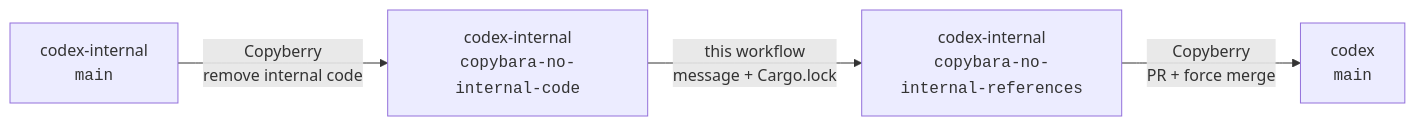
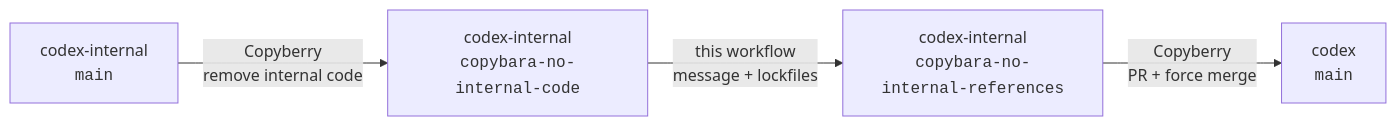
One commit to openai/codex changed the diagram in .github/codex-internal-to-public/README.md. Above: the diagram before and after it, drawn with Mermaid. The commit also changed other lines of this file and 5 other files, not shown here.

````diff
--- a/.github/codex-internal-to-public/README.md
+++ b/.github/codex-internal-to-public/README.md
@@ -16,11 +16,11 @@
 ```mermaid
 flowchart LR
     internal["codex-internal<br/><code>main</code>"]
     candidate["codex-internal<br/><code>copybara-no-internal-code</code>"]
     ready["codex-internal<br/><code>copybara-no-internal-references</code>"]
     public["codex<br/><code>main</code>"]
 
     internal -->|"Copyberry<br/>remove internal code"| candidate
-    candidate -->|"this workflow<br/>message + Cargo.lock"| ready
+    candidate -->|"this workflow<br/>message + lockfiles"| ready
     ready -->|"Copyberry<br/>PR + force merge"| public
 ```
````
